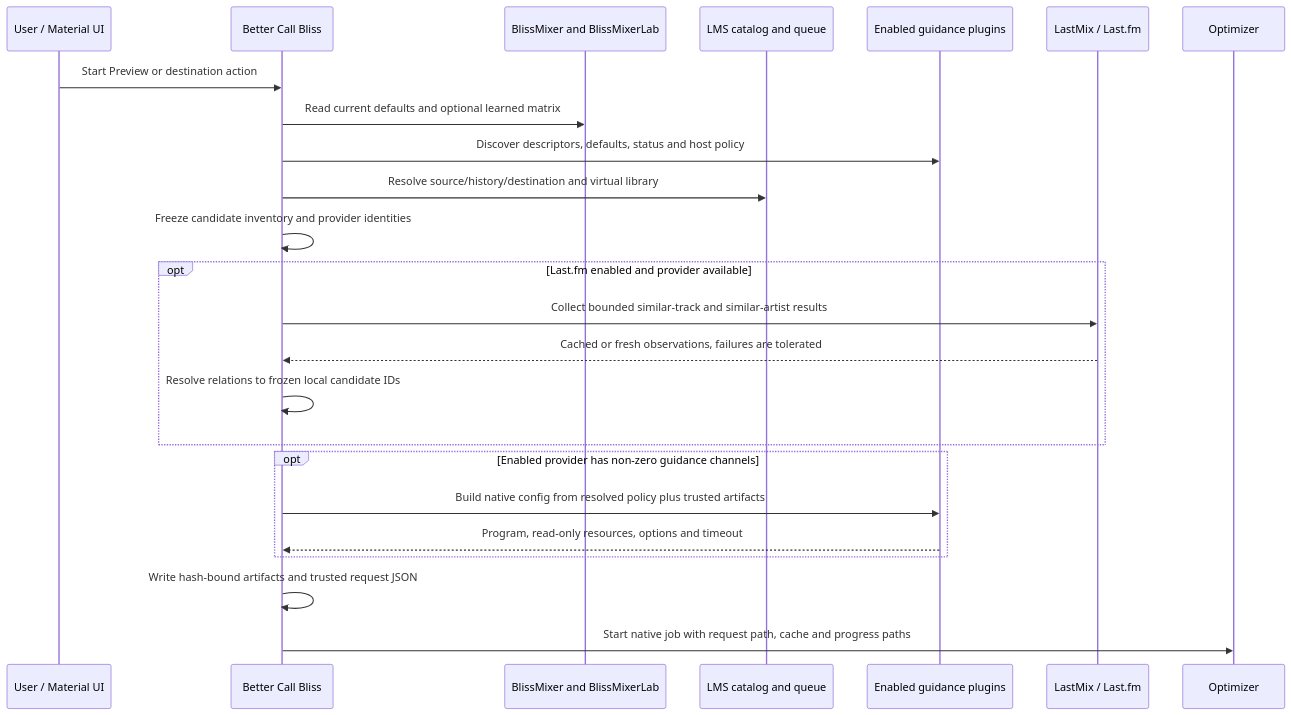
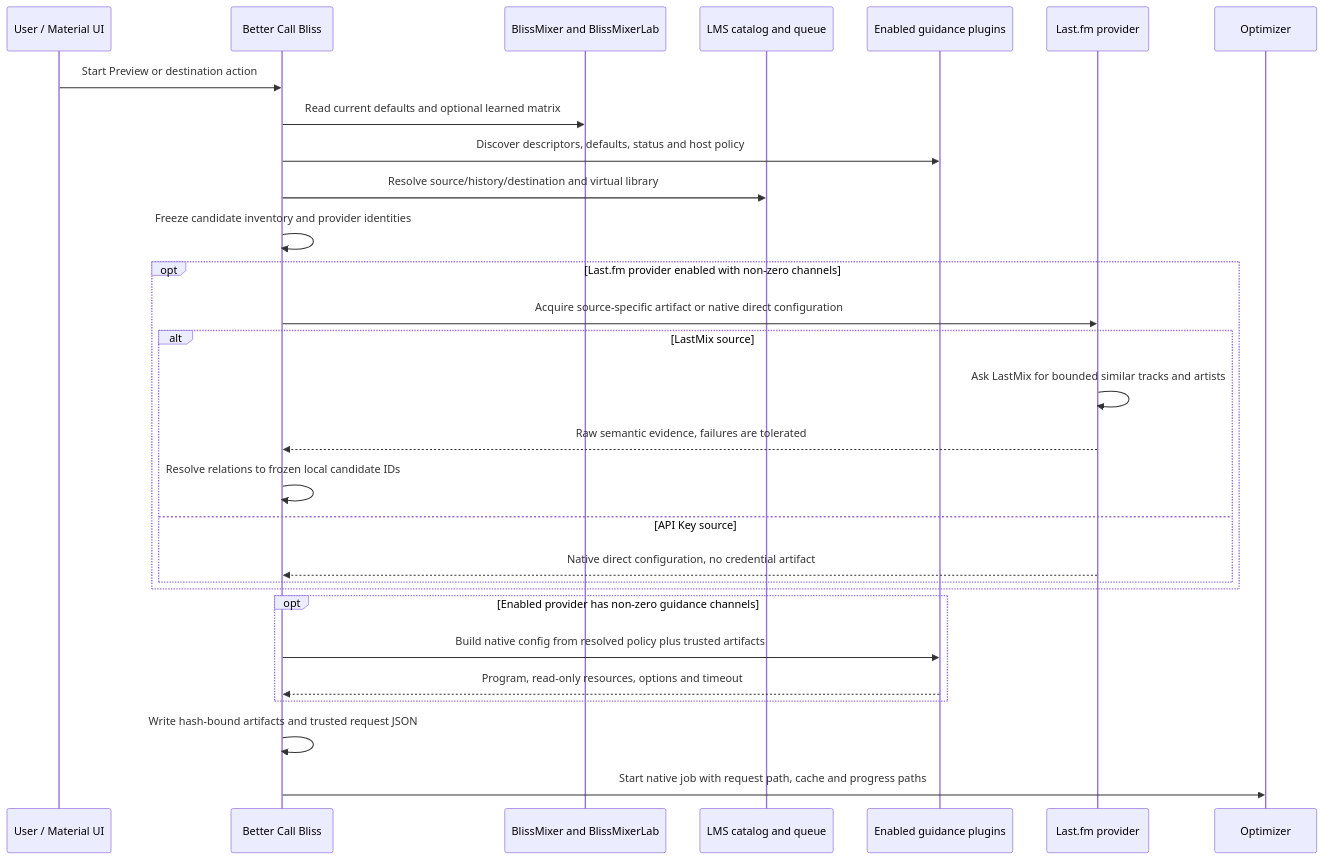
The second of 6 diagrams in docs/GUIDANCE_DATA_FLOW.md (chrober/lms-better-call-bliss), drawn with Mermaid before and after one commit. The commit also changed other lines of this file and 7 other files, not shown here.

Commit message:
docs: make Last.fm guidance provider-owned

````diff
--- a/docs/GUIDANCE_DATA_FLOW.md
+++ b/docs/GUIDANCE_DATA_FLOW.md
@@ -96,27 +99,32 @@
 ```mermaid
 sequenceDiagram
     participant UI as User / Material UI
     participant B as Better Call Bliss
     participant M as BlissMixer and BlissMixerLab
     participant L as LMS catalog and queue
     participant G as Enabled guidance plugins
-    participant X as LastMix / Last.fm
+    participant X as Last.fm provider
     participant O as Optimizer
 
     UI->>B: Start Preview or destination action
     B->>M: Read current defaults and optional learned matrix
     B->>G: Discover descriptors, defaults, status and host policy
     B->>L: Resolve source/history/destination and virtual library
     B->>B: Freeze candidate inventory and provider identities
-    opt Last.fm enabled and provider available
-        B->>X: Collect bounded similar-track and similar-artist results
-        X-->>B: Cached or fresh observations, failures are tolerated
-        B->>B: Resolve relations to frozen local candidate IDs
+    opt Last.fm provider enabled with non-zero channels
+        B->>X: Acquire source-specific artifact or native direct configuration
+        alt LastMix source
+            X->>X: Ask LastMix for bounded similar tracks and artists
+            X-->>B: Raw semantic evidence, failures are tolerated
+            B->>B: Resolve relations to frozen local candidate IDs
+        else API Key source
+            X-->>B: Native direct configuration, no credential artifact
+        end
     end
     opt Enabled provider has non-zero guidance channels
         B->>G: Build native config from resolved policy plus trusted artifacts
         G-->>B: Program, read-only resources, options and timeout
     end
     B->>B: Write hash-bound artifacts and trusted request JSON
     B->>O: Start native job with request path, cache and progress paths
 ```
````
